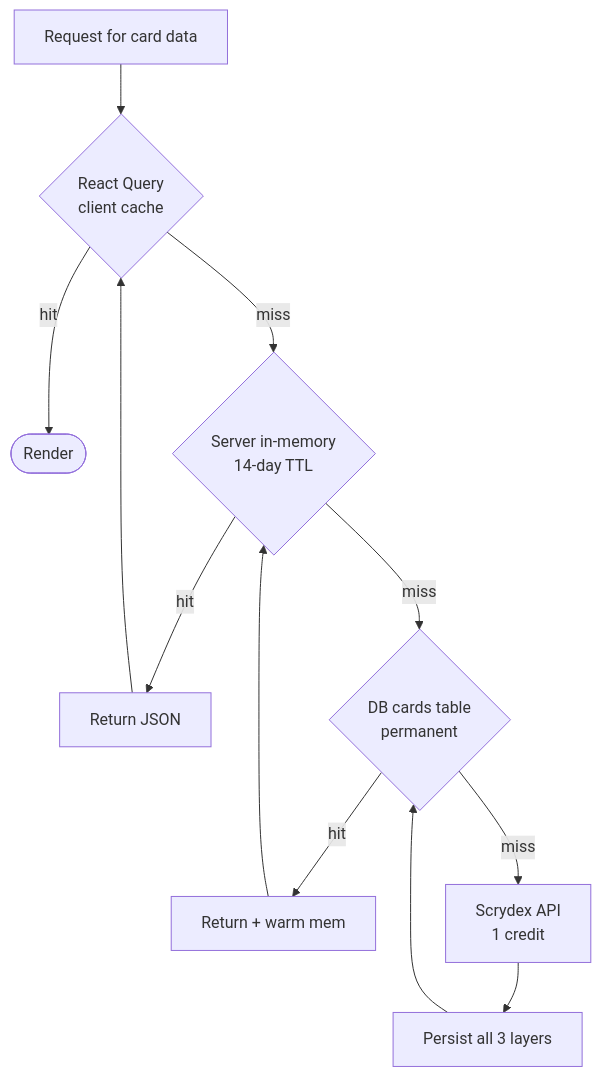
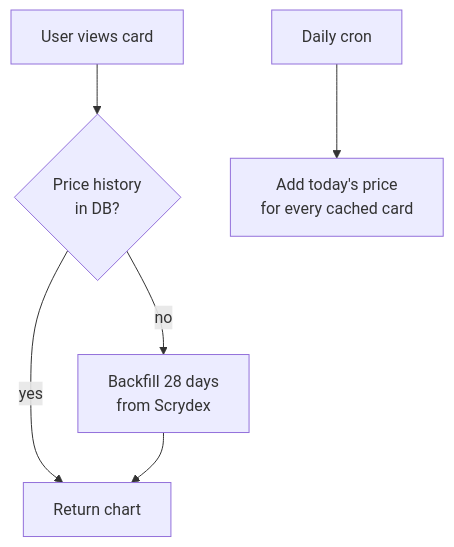
The second of 2 diagrams in ARCHITECTURE.md (Nkinnas/PokePortfolio), drawn with Mermaid before and after one commit. The commit also changed other lines of this file, not shown here.

Commit message:
Simplify architecture diagram

````diff
--- a/ARCHITECTURE.md
+++ b/ARCHITECTURE.md
@@ -119,11 +21,8 @@
 ```mermaid
 flowchart TD
-    Req[Request for card data] --> L1{React Query<br/>client cache}
-    L1 -->|hit| Done([Render])
-    L1 -->|miss| L2{Server in-memory<br/>14-day TTL}
-    L2 -->|hit| Resp1[Return JSON] --> L1
-    L2 -->|miss| L3{DB cards table<br/>permanent}
-    L3 -->|hit| Resp2[Return + warm mem] --> L2
-    L3 -->|miss| API[Scrydex API<br/>1 credit]
-    API --> Resp3[Persist all 3 layers] --> L3
+    A[User views card] --> B{Price history<br/>in DB?}
+    B -->|yes| C[Return chart]
+    B -->|no| D[Backfill 28 days<br/>from Scrydex]
+    D --> C
+    E[Daily cron] --> F[Add today's price<br/>for every cached card]
 ```
````
